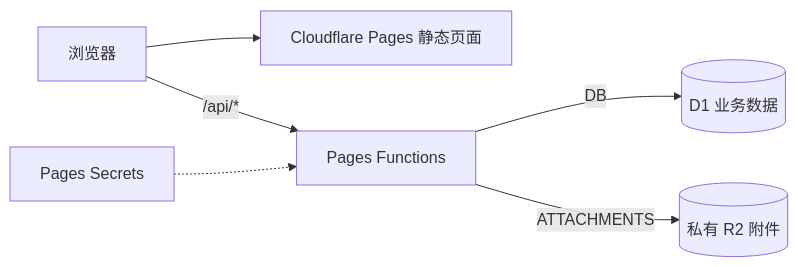
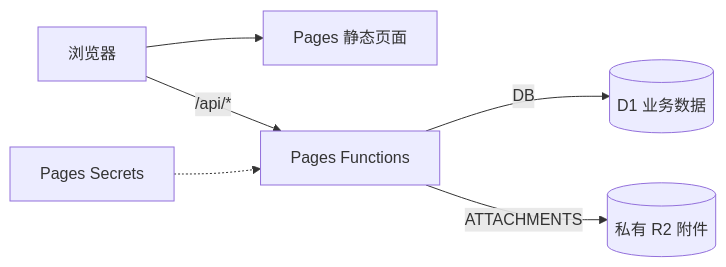
One commit to NEUP-Net-Depart/Pioneer-appointment-system changed the diagram in README.md. Above: the diagram before and after it, drawn with Mermaid. The commit also changed other lines of this file and 29 other files, not shown here.

````diff
--- a/README.md
+++ b/README.md
@@ -9,8 +9,8 @@
 ```mermaid
 flowchart LR
-  Browser[浏览器] --> Pages[Cloudflare Pages 静态页面]
+  Browser[浏览器] --> Pages[Pages 静态页面]
   Browser -->|/api/*| Functions[Pages Functions]
   Functions -->|DB| D1[(D1 业务数据)]
   Functions -->|ATTACHMENTS| R2[(私有 R2 附件)]
   Secrets[Pages Secrets] -.-> Functions
 ```
````
